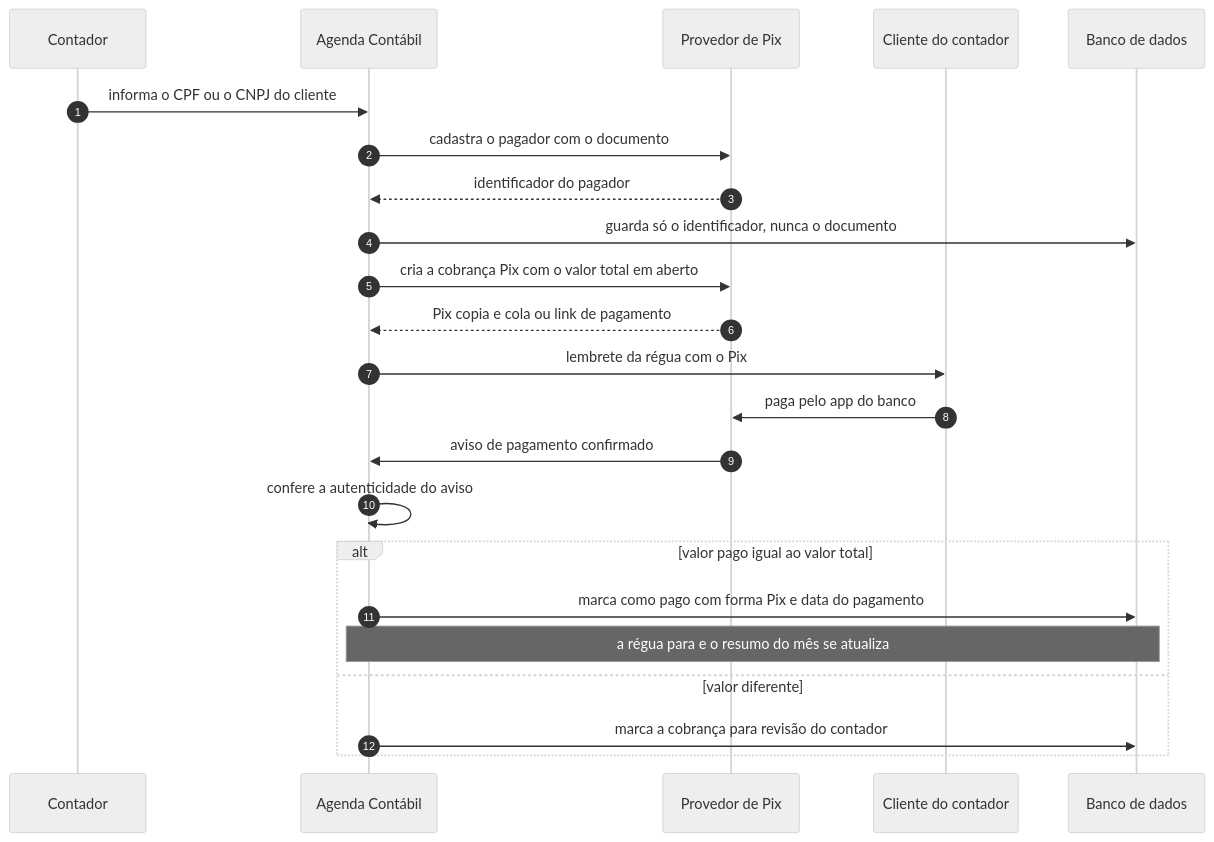
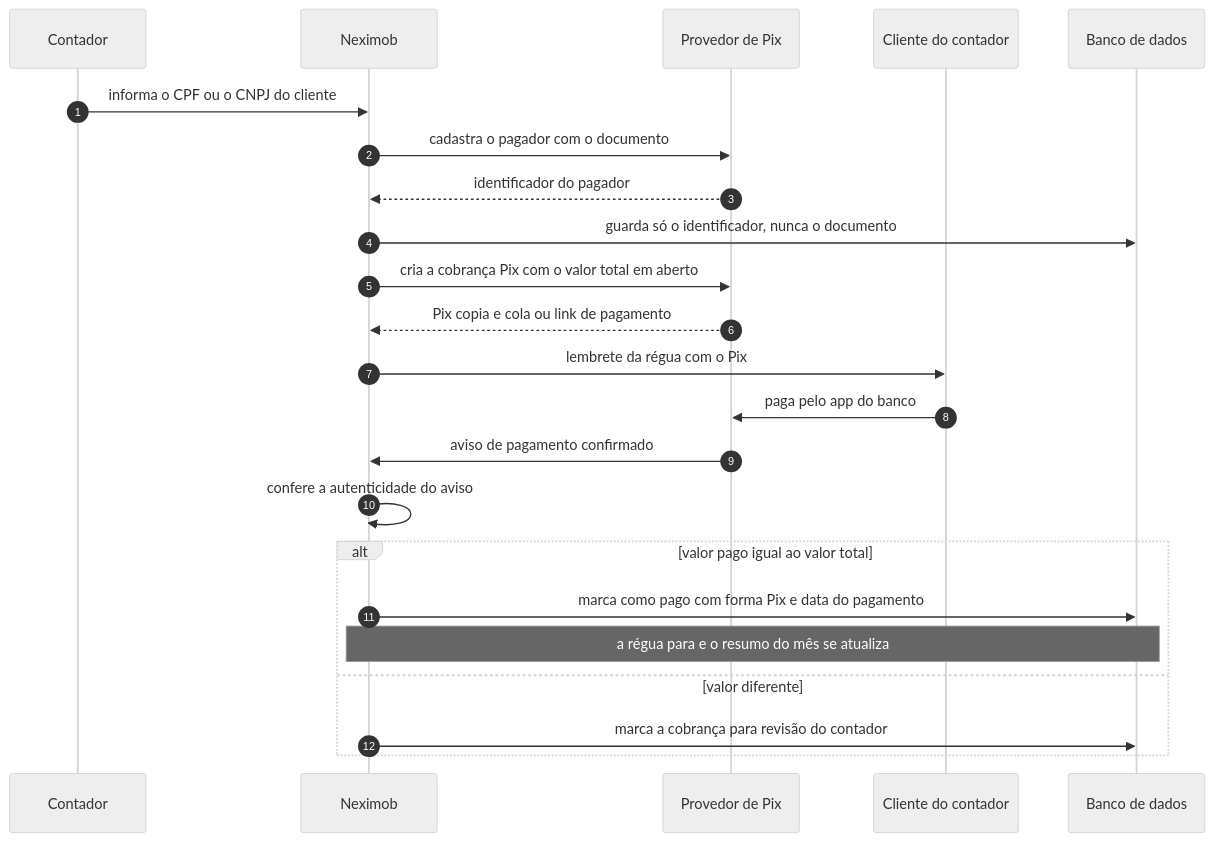
Before and after one commit to 77mdias/neximob: diagram 14 of 19 in docs/Mapa de fluxo.md, drawn with Mermaid (neutral theme). The commit also changed other lines of this file and 15 other files, not shown here.

````diff
--- a/docs/Mapa de fluxo.md
+++ b/docs/Mapa de fluxo.md
@@ -367,26 +367,26 @@
 ```mermaid
 sequenceDiagram
     autonumber
     participant CONT as Contador
-    participant APP as Agenda Contábil
+    participant APP as Neximob
     participant PSP as Provedor de Pix
     participant CLI as Cliente do contador
     participant DB as Banco de dados
 
     CONT->>APP: informa o CPF ou o CNPJ do cliente
     APP->>PSP: cadastra o pagador com o documento
     PSP-->>APP: identificador do pagador
     APP->>DB: guarda só o identificador, nunca o documento
     APP->>PSP: cria a cobrança Pix com o valor total em aberto
     PSP-->>APP: Pix copia e cola ou link de pagamento
     APP->>CLI: lembrete da régua com o Pix
     CLI->>PSP: paga pelo app do banco
     PSP->>APP: aviso de pagamento confirmado
     APP->>APP: confere a autenticidade do aviso
     alt valor pago igual ao valor total
         APP->>DB: marca como pago com forma Pix e data do pagamento
         Note over APP,DB: a régua para e o resumo do mês se atualiza
     else valor diferente
         APP->>DB: marca a cobrança para revisão do contador
     end
 ```
````
